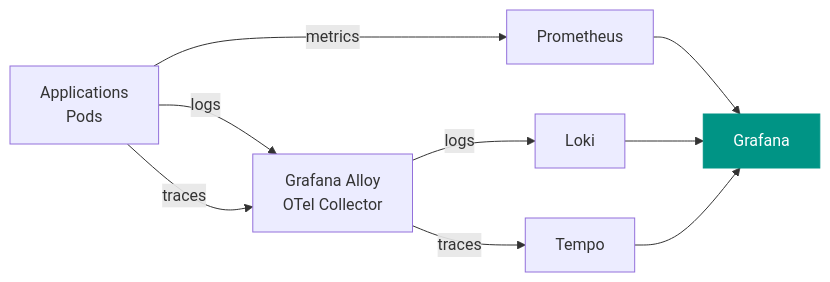
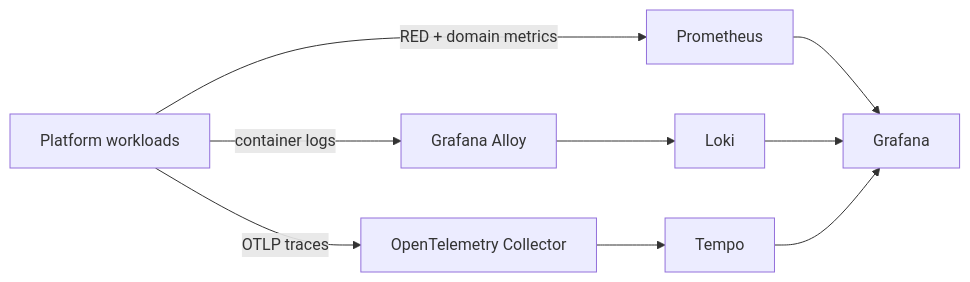
Before and after one commit to freecloudinitiative/docs: the fifth of 5 diagrams in docs/architecture.md, drawn with Mermaid. The commit also changed other lines of this file and 11 other files, not shown here.

Commit message:
docs: document multi-repo architecture and align theme

````diff
--- a/docs/architecture.md
+++ b/docs/architecture.md
@@ -63,14 +171,11 @@
 ```mermaid
 flowchart LR
-    APP[Applications\nPods] -->|metrics| PROM[Prometheus]
-    APP -->|logs| ALLOY[Grafana Alloy\nOTel Collector]
-    APP -->|traces| ALLOY
-
-    ALLOY -->|logs| LOKI[Loki]
-    ALLOY -->|traces| TEMPO[Tempo]
-    PROM --> GRAF[Grafana]
+    APP["Platform workloads"] -->|"RED + domain metrics"| PROM["Prometheus"]
+    APP -->|"OTLP traces"| OTEL["OpenTelemetry Collector"]
+    APP -->|"container logs"| ALLOY["Grafana Alloy"]
+    OTEL --> TEMPO["Tempo"]
+    ALLOY --> LOKI["Loki"]
+    PROM --> GRAF["Grafana"]
     LOKI --> GRAF
     TEMPO --> GRAF
-
-    style GRAF fill:#009485,color:#fff,stroke:#009485
 ```
````
